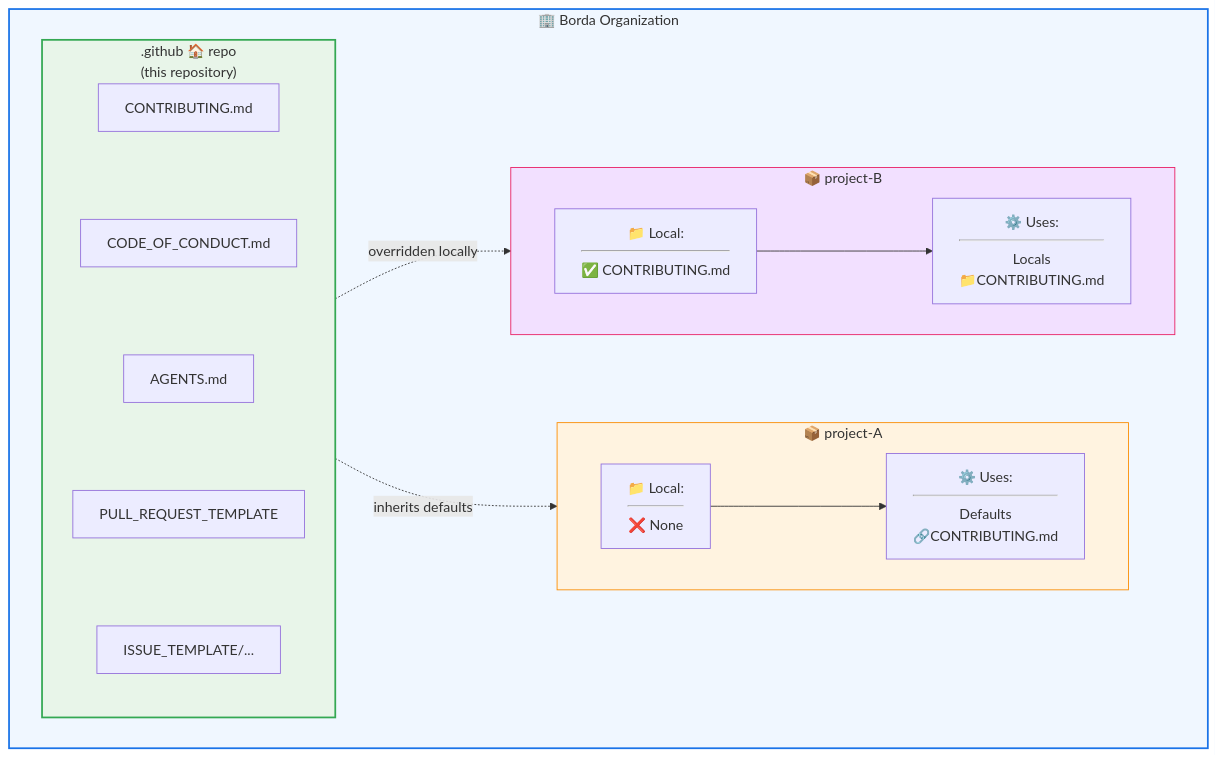
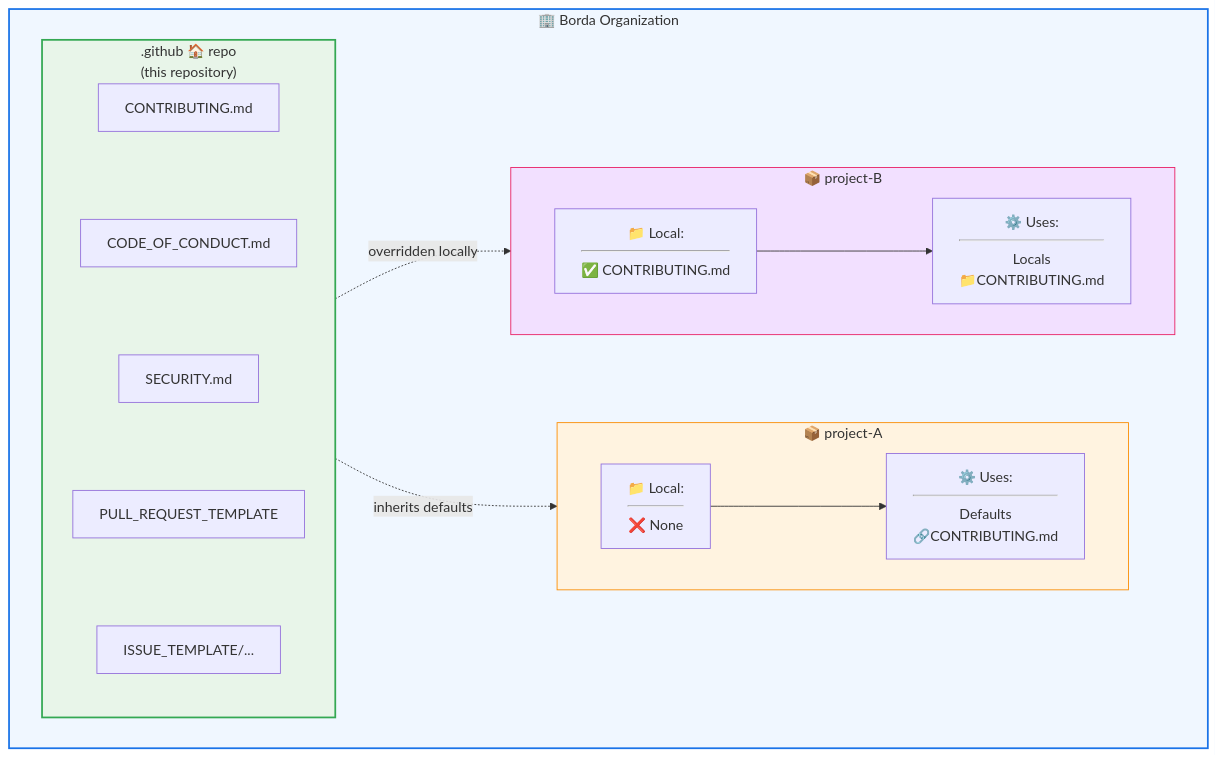
One commit to Borda/.github changed the diagram in README.md. Above: the diagram before and after it, drawn with Mermaid. The commit also changed other lines of this file and 1 other file, not shown here.

Commit message:
Correct AGENTS.md context and usage

````diff
--- a/README.md
+++ b/README.md
@@ -39,39 +39,39 @@
 ```mermaid
 flowchart TD
     subgraph BordaOrganization["🏢 Borda Organization"]
         subgraph GithubRepo[".github 🏠 repo<br/>(this repository)"]
-            CONTRIBUTING["CONTRIBUTING.md"]
-            CONTRIBUTING ~~~ CODE_OF_CONDUCT["CODE_OF_CONDUCT.md"]
-            CODE_OF_CONDUCT ~~~ AGENTS["AGENTS.md"]
-            AGENTS ~~~ PR_TEMPLATE["PULL_REQUEST_TEMPLATE"]
-            PR_TEMPLATE ~~~ ISSUE_TEMPLATE["ISSUE_TEMPLATE/..."]
-        end
+           CONTRIBUTING["CONTRIBUTING.md"]
+           CONTRIBUTING ~~~ CODE_OF_CONDUCT["CODE_OF_CONDUCT.md"]
+           CODE_OF_CONDUCT ~~~ SECURITY["SECURITY.md"]
+           SECURITY ~~~ PR_TEMPLATE["PULL_REQUEST_TEMPLATE"]
+           PR_TEMPLATE ~~~ ISSUE_TEMPLATE["ISSUE_TEMPLATE/..."]
+       end
 
         subgraph ProjectA["📦 project-A"]
             direction LR
             A_Local["📁 Local:<hr/>❌ None"]
             A_Used["⚙️ Uses:<hr/>Defaults <br/> 🔗CONTRIBUTING.md"]
             A_Local ---> A_Used
         end
 
         subgraph ProjectB["📦 project-B"]
             direction LR
             B_Local["📁 Local:<hr/>✅ CONTRIBUTING.md"]
             B_Used["⚙️ Uses:<hr/>Locals <br/> 📁CONTRIBUTING.md"]
             B_Local ---> B_Used
         end
 
         GithubRepo -.->|"inherits defaults"| ProjectA
         GithubRepo -.->|"overridden locally"| ProjectB
     end
 
     classDef orgStyle fill:#f0f7ff,stroke:#1a73e8,stroke-width:2px
     classDef repoStyle fill:#e8f5e9,stroke:#34a853,stroke-width:2px
     classDef projectAStyle fill:#fff3e0,stroke:#fb8c00,stroke-width:1px
     classDef projectBStyle fill:#f2e0ff,stroke:#e91e63,stroke-width:1px
 
     class BordaOrganization orgStyle
     class GithubRepo repoStyle
     class ProjectA projectAStyle
     class ProjectB projectBStyle
 ```
````
